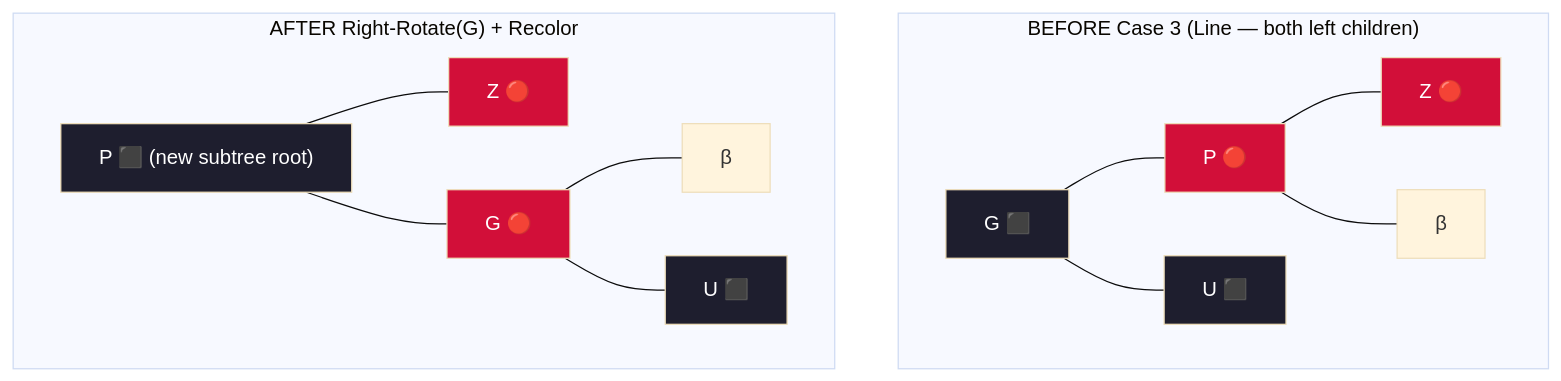
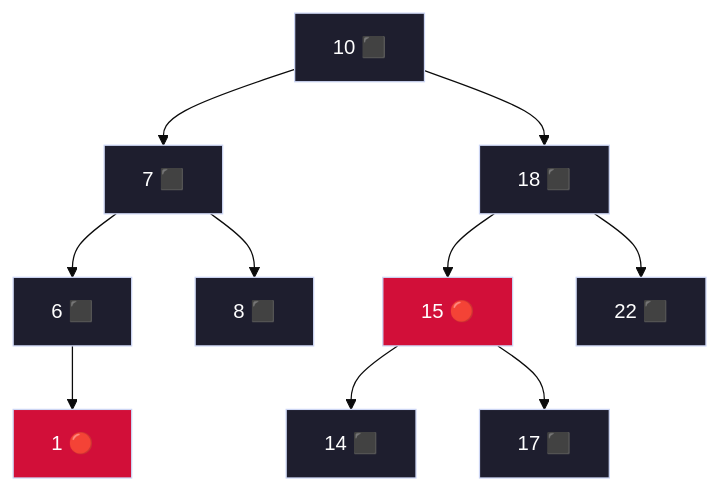
Before and after one commit to DeepLumiere/DeepSkills: diagram 13 of 29 in notes/design_and_analysis_of_algorithms/Unit_04_Advanced_Data_Structures.md, drawn with Mermaid (base theme). The commit also changed other lines of this file, not shown here.

````diff
--- a/notes/design_and_analysis_of_algorithms/Unit_04_Advanced_Data_Structures.md
+++ b/notes/design_and_analysis_of_algorithms/Unit_04_Advanced_Data_Structures.md
@@ -195,23 +492,22 @@
 ```mermaid
 flowchart TD
-    subgraph "BEFORE Case 3 (Line — both left children)"
-        G1["G ⬛"] --- P1["P 🔴"]
-        G1 --- U1["U ⬛"]
-        P1 --- Z1["Z 🔴"]
-        P1 --- N1["β"]
-        style G1 fill:#1e1e2e,color:#fff
-        style P1 fill:#d20f39,color:#fff
-        style U1 fill:#1e1e2e,color:#fff
-        style Z1 fill:#d20f39,color:#fff
-    end
-    subgraph "AFTER Right-Rotate(G) + Recolor"
-        P2["P ⬛ (new subtree root)"] --- Z2["Z 🔴"]
-        P2 --- G2["G 🔴"]
-        G2 --- N2["β"]
-        G2 --- U2["U ⬛"]
-        style P2 fill:#1e1e2e,color:#fff
-        style Z2 fill:#d20f39,color:#fff
-        style G2 fill:#d20f39,color:#fff
-        style U2 fill:#1e1e2e,color:#fff
-    end
+    d1["10 ⬛"] --> d1l["7 ⬛"]
+    d1 --> d1r["18 ⬛"]
+    d1l --> d1ll["6 ⬛"]
+    d1l --> d1lr["8 ⬛"]
+    d1r --> d1rl["15 🔴"]
+    d1r --> d1rr["22 ⬛"]
+    d1ll --> d1lll["1 🔴"]
+    d1rl --> d1rll["14 ⬛"]
+    d1rl --> d1rlr["17 ⬛"]
+    style d1 fill:#1e1e2e,color:#fff,stroke:#cdd6f4
+    style d1l fill:#1e1e2e,color:#fff,stroke:#cdd6f4
+    style d1r fill:#1e1e2e,color:#fff,stroke:#cdd6f4
+    style d1ll fill:#1e1e2e,color:#fff,stroke:#cdd6f4
+    style d1lr fill:#1e1e2e,color:#fff,stroke:#cdd6f4
+    style d1rl fill:#d20f39,color:#fff,stroke:#cdd6f4
+    style d1rr fill:#1e1e2e,color:#fff,stroke:#cdd6f4
+    style d1lll fill:#d20f39,color:#fff,stroke:#cdd6f4
+    style d1rll fill:#1e1e2e,color:#fff,stroke:#cdd6f4
+    style d1rlr fill:#1e1e2e,color:#fff,stroke:#cdd6f4
 ```
````
